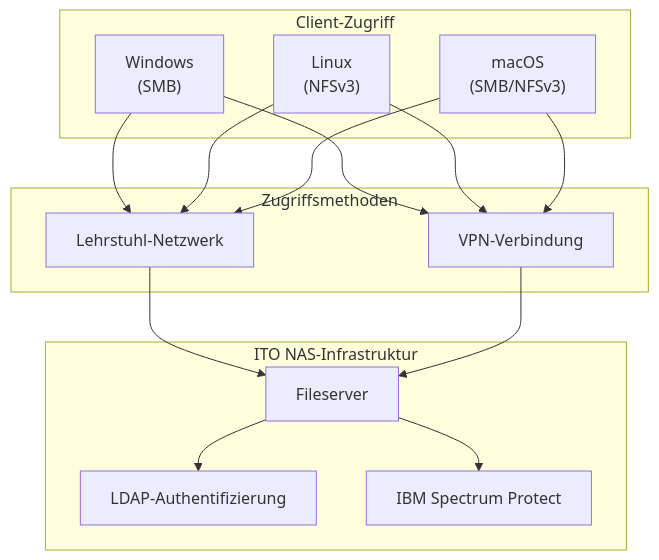
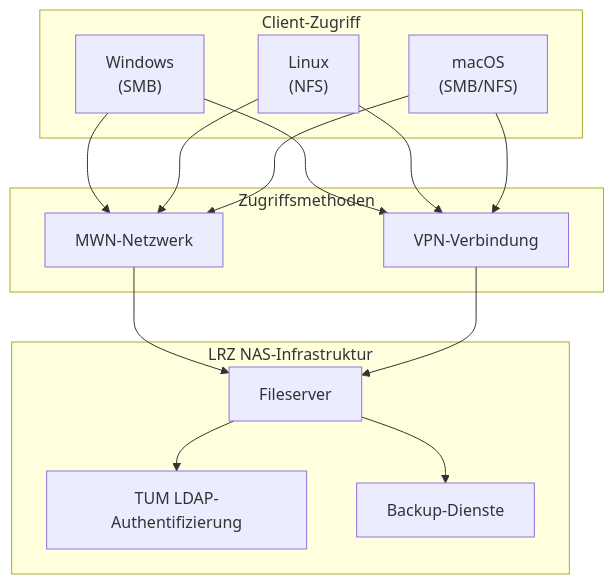
One commit to jtimo/tum-ito-admin-guide changed the first of 5 diagrams in de/chapters/06-speicher-backup.qmd. Above: the diagram before and after it, drawn with Mermaid. The commit also changed other lines of this file and 21 other files, not shown here.

````diff
--- a/de/chapters/06-speicher-backup.qmd
+++ b/de/chapters/06-speicher-backup.qmd
@@ -13,34 +13,34 @@
 ```{mermaid}
 %%| fig-cap: "NAS-Service-Architektur"
 flowchart TB
     subgraph Clients["Client-Zugriff"]
         Win["Windows<br/>(SMB)"]
-        Linux["Linux<br/>(NFSv3)"]
-        Mac["macOS<br/>(SMB/NFSv3)"]
+        Linux["Linux<br/>(NFS)"]
+        Mac["macOS<br/>(SMB/NFS)"]
     end
 
     subgraph Access["Zugriffsmethoden"]
-        LAN["Lehrstuhl-Netzwerk"]
+        LAN["MWN-Netzwerk"]
         VPN["VPN-Verbindung"]
     end
 
-    subgraph NAS["ITO NAS-Infrastruktur"]
+    subgraph NAS["LRZ NAS-Infrastruktur"]
         FS["Fileserver"]
-        LDAP["LDAP-Authentifizierung"]
-        Backup["IBM Spectrum Protect"]
+        LDAP["TUM LDAP-Authentifizierung"]
+        Backup["Backup-Dienste"]
     end
 
     Win --> LAN
     Linux --> LAN
     Mac --> LAN
 
     Win --> VPN
     Linux --> VPN
     Mac --> VPN
 
     LAN --> FS
     VPN --> FS
 
     FS --> LDAP
     FS --> Backup
 ```
````
